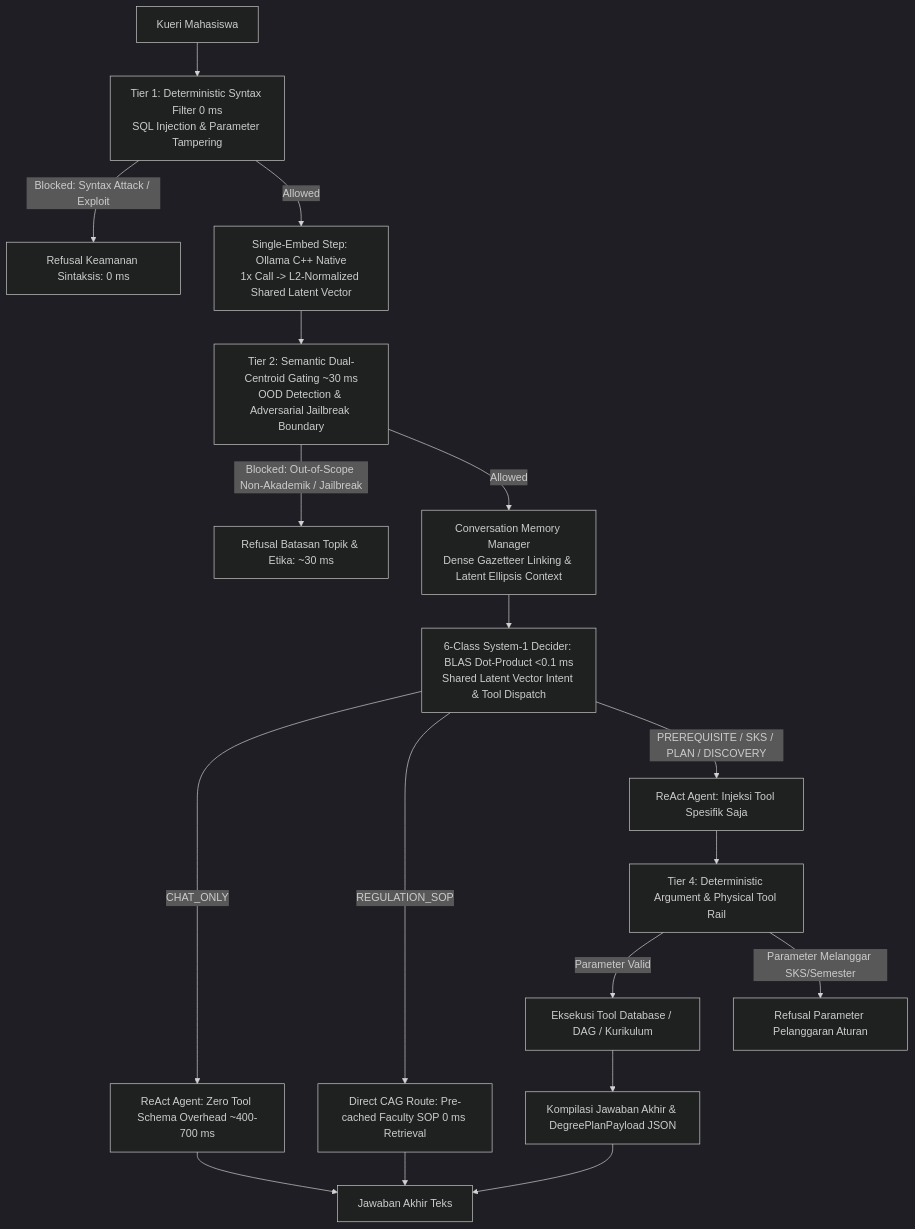
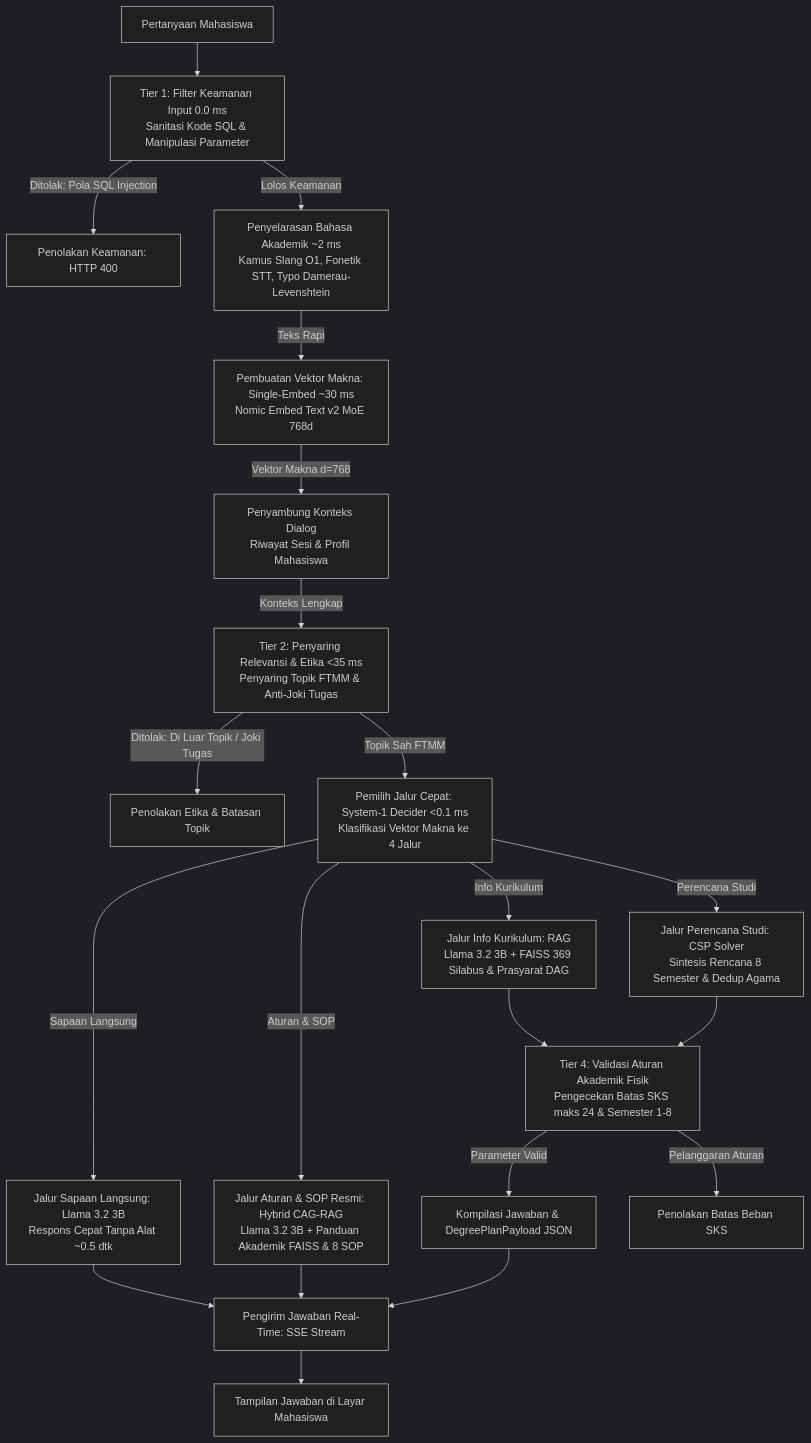
The second of 3 diagrams in docs/INTEGRATION_FLOW.md (Primarizki21/ftmm-compass-chatbot), drawn with Mermaid (dark theme) before and after one commit. The commit also changed other lines of this file and 3 other files, not shown here.

Commit message:
refactor(architecture): synchronize visual pipeline flowchart and integration diagrams with production models

````diff
--- a/docs/INTEGRATION_FLOW.md
+++ b/docs/INTEGRATION_FLOW.md
@@ -35,20 +35,23 @@
 ```mermaid
 graph TD
-    Query[Kueri Mahasiswa] --> T1[Tier 1: Deterministic Syntax Filter 0 ms<br/>SQL Injection & Parameter Tampering]
-    T1 -- Blocked: Syntax Attack / Exploit --> RefusalT1[Refusal Keamanan Sintaksis: 0 ms]
-    T1 -- Allowed --> Embed[Single-Embed Step: Ollama C++ Native<br/>1x Call -> L2-Normalized Shared Latent Vector]
-    Embed --> T2[Tier 2: Semantic Dual-Centroid Gating ~30 ms<br/>OOD Detection & Adversarial Jailbreak Boundary]
-    T2 -- Blocked: Out-of-Scope Non-Akademik / Jailbreak --> RefusalT2[Refusal Batasan Topik & Etika: ~30 ms]
-    T2 -- Allowed --> Mem[Conversation Memory Manager<br/>Dense Gazetteer Linking & Latent Ellipsis Context]
-    Mem --> Decider[6-Class System-1 Decider: BLAS Dot-Product <0.1 ms<br/>Shared Latent Vector Intent & Tool Dispatch]
-    Decider -- CHAT_ONLY --> DirectLLM[ReAct Agent: Zero Tool Schema Overhead ~400-700 ms]
-    Decider -- REGULATION_SOP --> CAGRoute[Direct CAG Route: Pre-cached Faculty SOP 0 ms Retrieval]
-    Decider -- PREREQUISITE / SKS / PLAN / DISCOVERY --> ToolsLLM[ReAct Agent: Injeksi Tool Spesifik Saja]
-    DirectLLM --> Out[Jawaban Akhir Teks]
+    Query[Pertanyaan Mahasiswa] --> T1[Tier 1: Filter Keamanan Input 0.0 ms<br/>Sanitasi Kode SQL & Manipulasi Parameter]
+    T1 -- Ditolak: Pola SQL Injection --> RefusalT1[Penolakan Keamanan: HTTP 400]
+    T1 -- Lolos Keamanan --> Norm[Penyelarasan Bahasa Akademik ~2 ms<br/>Kamus Slang O1, Fonetik STT, Typo Damerau-Levenshtein]
+    Norm -- Teks Rapi --> Embed[Pembuatan Vektor Makna: Single-Embed ~30 ms<br/>Nomic Embed Text v2 MoE 768d]
+    Embed -- Vektor Makna d=768 --> Mem[Penyambung Konteks Dialog<br/>Riwayat Sesi & Profil Mahasiswa]
+    Mem -- Konteks Lengkap --> T2[Tier 2: Penyaring Relevansi & Etika <35 ms<br/>Penyaring Topik FTMM & Anti-Joki Tugas]
+    T2 -- Ditolak: Di Luar Topik / Joki Tugas --> RefusalT2[Penolakan Etika & Batasan Topik]
+    T2 -- Topik Sah FTMM --> Decider[Pemilih Jalur Cepat: System-1 Decider <0.1 ms<br/>Klasifikasi Vektor Makna ke 4 Jalur]
+    Decider -- Sapaan Langsung --> DirectLLM[Jalur Sapaan Langsung: Llama 3.2 3B<br/>Respons Cepat Tanpa Alat ~0.5 dtk]
+    Decider -- Aturan & SOP --> CAGRoute[Jalur Aturan & SOP Resmi: Hybrid CAG-RAG<br/>Llama 3.2 3B + Panduan Akademik FAISS & 8 SOP]
+    Decider -- Info Kurikulum --> ToolsLLM[Jalur Info Kurikulum: RAG<br/>Llama 3.2 3B + FAISS 369 Silabus & Prasyarat DAG]
+    Decider -- Perencana Studi --> CSPRoute[Jalur Perencana Studi: CSP Solver<br/>Sintesis Rencana 8 Semester & Dedup Agama]
+    DirectLLM --> Out[Pengirim Jawaban Real-Time: SSE Stream]
     CAGRoute --> Out
-    ToolsLLM --> T4[Tier 4: Deterministic Argument & Physical Tool Rail]
-    T4 -- Parameter Valid --> Exec[Eksekusi Tool Database / DAG / Kurikulum]
-    T4 -- Parameter Melanggar SKS/Semester --> RefusalT4[Refusal Parameter Pelanggaran Aturan]
-    Exec --> Gen[Kompilasi Jawaban Akhir & DegreePlanPayload JSON]
-    Gen --> Out
+    ToolsLLM --> T4[Tier 4: Validasi Aturan Akademik Fisik<br/>Pengecekan Batas SKS maks 24 & Semester 1-8]
+    CSPRoute --> T4
+    T4 -- Parameter Valid --> Exec[Kompilasi Jawaban & DegreePlanPayload JSON]
+    T4 -- Pelanggaran Aturan --> RefusalT4[Penolakan Batas Beban SKS]
+    Exec --> Out
+    Out --> ClientOut[Tampilan Jawaban di Layar Mahasiswa]
 ```
````
